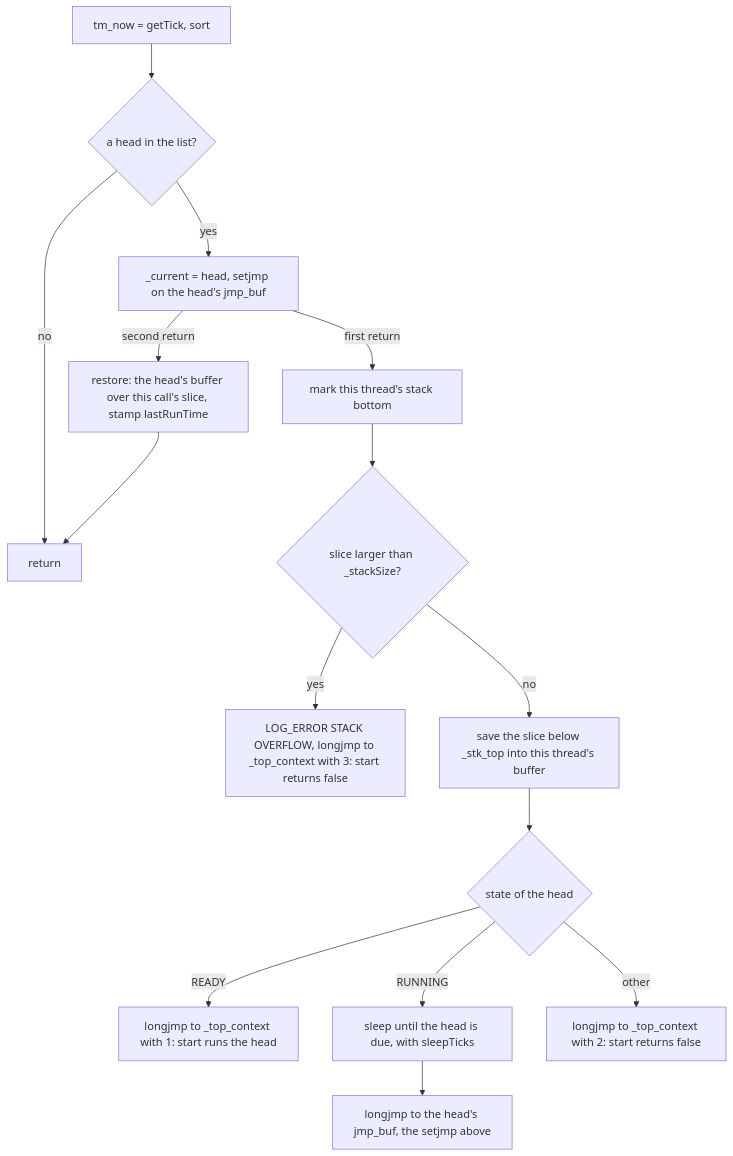
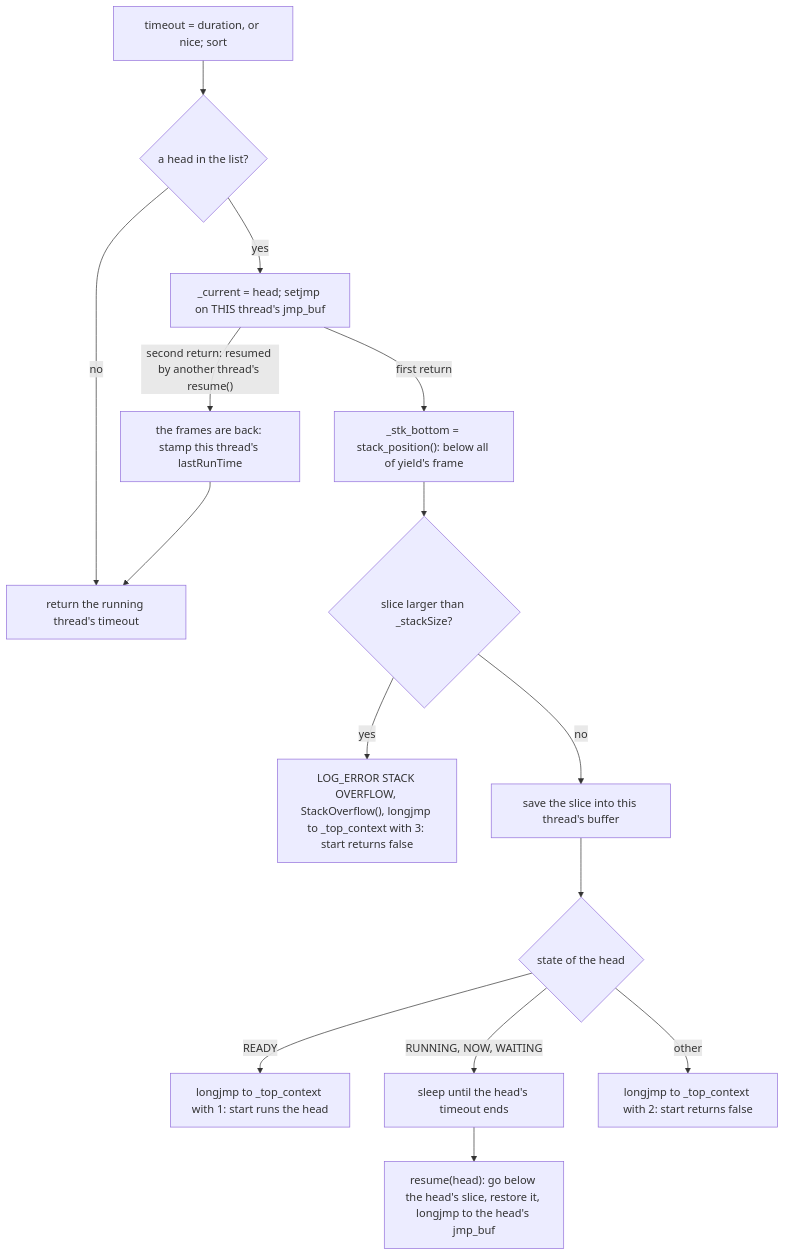
The eighth of 9 diagrams in spec.md (solariun/atomicx2), drawn with Mermaid before and after one commit. The commit also changed other lines of this file and 9 other files, not shown here.

````diff
--- a/spec.md
+++ b/spec.md
@@ -586,17 +589,17 @@
 ```mermaid
 flowchart TD
-    a["tm_now = getTick, sort"] --> b{"a head in the list?"}
-    b -->|no| z["return"]
-    b -->|yes| c["_current = head, setjmp on the head's jmp_buf"]
-    c -->|first return| d["mark this thread's stack bottom"]
+    a["timeout = duration, or nice; sort"] --> b{"a head in the list?"}
+    b -->|no| z["return the running thread's timeout"]
+    b -->|yes| c["_current = head; setjmp on THIS thread's jmp_buf"]
+    c -->|first return| d["_stk_bottom = stack_position(): below all of yield's frame"]
     d --> o{"slice larger than _stackSize?"}
-    o -->|yes| s["LOG_ERROR STACK OVERFLOW, longjmp to _top_context with 3: start returns false"]
-    o -->|no| v["save the slice below _stk_top into this thread's buffer"]
+    o -->|yes| s["LOG_ERROR STACK OVERFLOW, StackOverflow(), longjmp to _top_context with 3: start returns false"]
+    o -->|no| v["save the slice into this thread's buffer"]
     v --> e{"state of the head"}
     e -->|READY| g["longjmp to _top_context with 1: start runs the head"]
-    e -->|RUNNING| w["sleep until the head is due, with sleepTicks"]
-    w --> j["longjmp to the head's jmp_buf, the setjmp above"]
+    e -->|"RUNNING, NOW, WAITING"| w["sleep until the head's timeout ends"]
+    w --> j["resume(head): go below the head's slice, restore it, longjmp to the head's jmp_buf"]
     e -->|other| x["longjmp to _top_context with 2: start returns false"]
-    c -->|"second return"| k["restore: the head's buffer over this call's slice, stamp lastRunTime"]
+    c -->|"second return: resumed by another thread's resume()"| k["the frames are back: stamp this thread's lastRunTime"]
     k --> z
 ```
````
